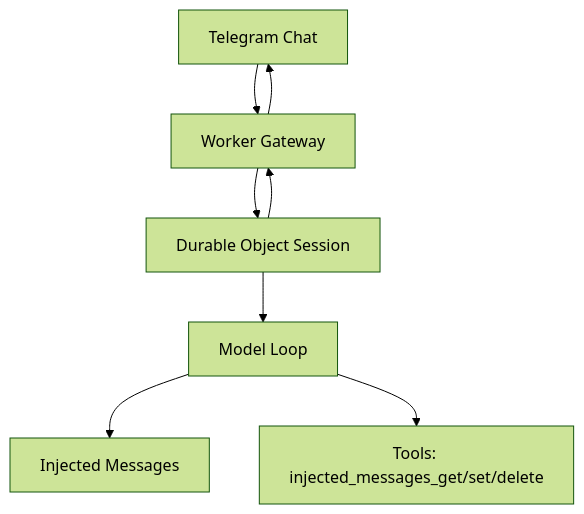
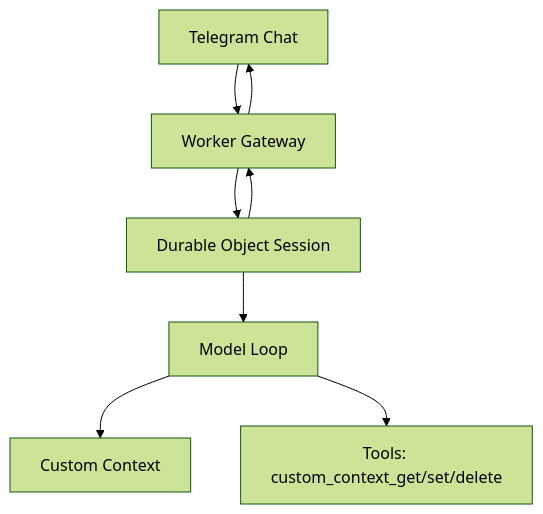
The diagram in README.md (drevantonder/dreclaw), drawn with Mermaid (forest theme) before and after one commit. The commit also changed other lines of this file and 2 other files, not shown here.

Commit message:
docs(core): rename injected messages to custom context

````diff
--- a/README.md
+++ b/README.md
@@ -15,9 +15,9 @@
 ```mermaid
 flowchart TD
   U[Telegram Chat] --> W[Worker Gateway]
   W --> DO[Durable Object Session]
   DO --> M[Model Loop]
-  M --> IM[Injected Messages]
-  M --> T[Tools: injected_messages_get/set/delete]
+  M --> CC[Custom Context]
+  M --> T[Tools: custom_context_get/set/delete]
   DO --> W --> U
 ```
````
